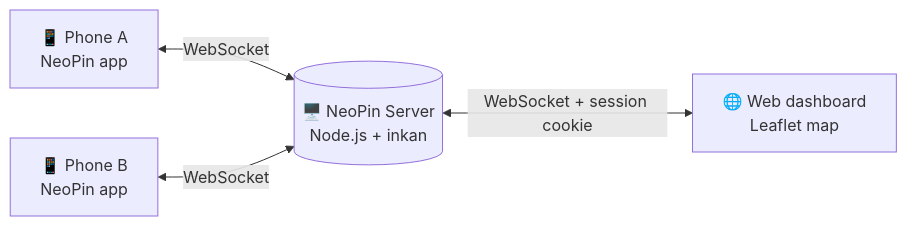
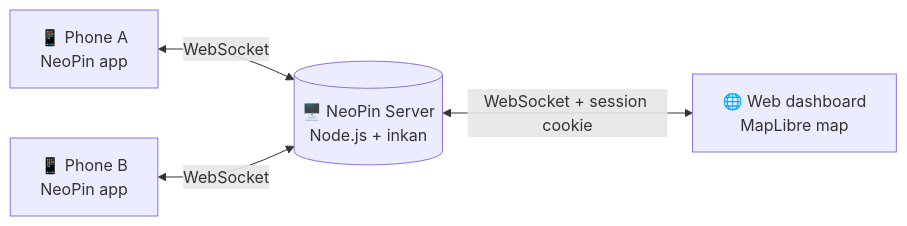
Before and after one commit to vxnsin/NeoPin: the diagram in README.md, drawn with Mermaid. The commit also changed other lines of this file, not shown here.

Commit message:
README: describe the shared MapLibre map and the device bar

````diff
--- a/README.md
+++ b/README.md
@@ -23,6 +23,6 @@
 ```mermaid
 flowchart LR
     A[📱 Phone A<br/>NeoPin app] <-- WebSocket --> S[(🖥️ NeoPin Server<br/>Node.js + inkan)]
     B[📱 Phone B<br/>NeoPin app] <-- WebSocket --> S
-    S <-- WebSocket + session cookie --> D[🌐 Web dashboard<br/>Leaflet map]
+    S <-- WebSocket + session cookie --> D[🌐 Web dashboard<br/>MapLibre map]
 ```
````
